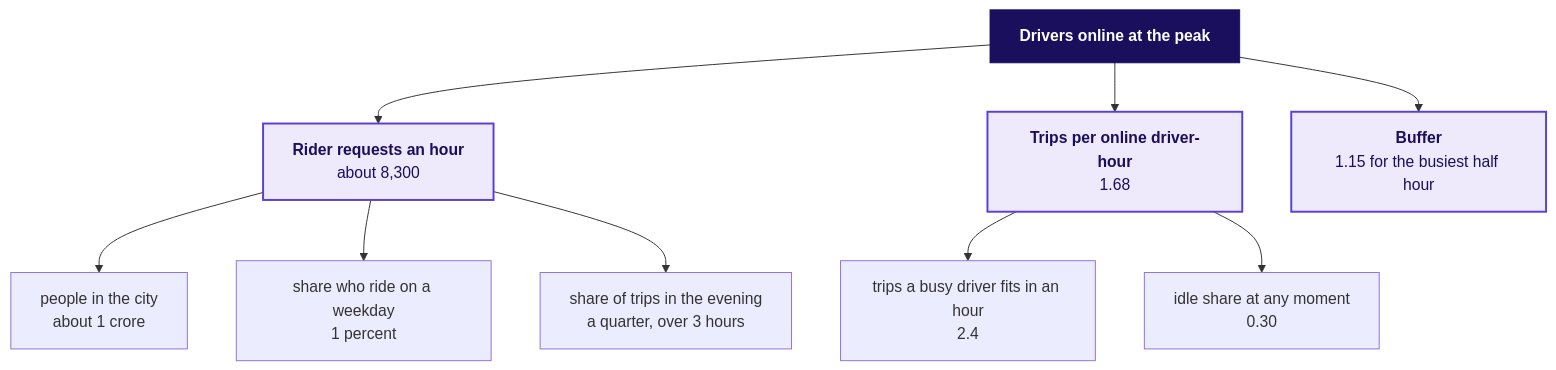
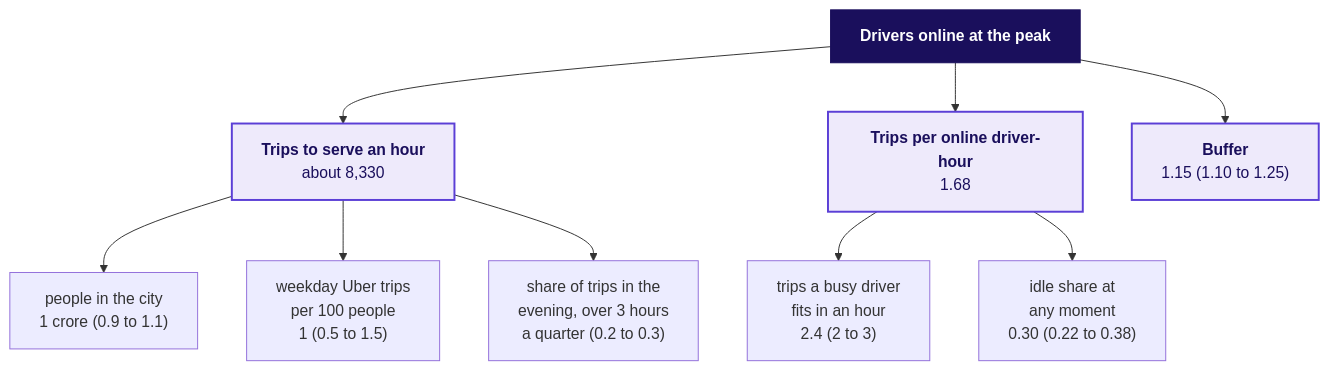
The fourth of 6 diagrams in content/W04/D2/slides/C2_W04_D02_half2_STUDENT.md (fde-academy-lab/c2-content-factory), drawn with Mermaid before and after one commit. The commit also changed other lines of this file and 18 other files, not shown here.

````diff
--- a/content/W04/D2/slides/C2_W04_D02_half2_STUDENT.md
+++ b/content/W04/D2/slides/C2_W04_D02_half2_STUDENT.md
@@ -145,24 +147,24 @@
 ```mermaid
 flowchart TD
     D["<b>Drivers online at the peak</b>"]
-    R["<b>Rider requests an hour</b><br/>about 8,300"]
-    P["people in the city<br/>about 1 crore"]
-    S["share who ride on a weekday<br/>1 percent"]
-    E["share of trips in the evening<br/>a quarter, over 3 hours"]
+    R["<b>Trips to serve an hour</b><br/>about 8,330"]
+    P["people in the city<br/>1 crore (0.9 to 1.1)"]
+    S["weekday Uber trips<br/>per 100 people<br/>1 (0.5 to 1.5)"]
+    E["share of trips in the<br/>evening, over 3 hours<br/>a quarter (0.2 to 0.3)"]
     T["<b>Trips per online driver-hour</b><br/>1.68"]
-    B["trips a busy driver fits in an hour<br/>2.4"]
-    I["idle share at any moment<br/>0.30"]
-    X["<b>Buffer</b><br/>1.15 for the busiest half hour"]
+    B["trips a busy driver<br/>fits in an hour<br/>2.4 (2 to 3)"]
+    I["idle share at<br/>any moment<br/>0.30 (0.22 to 0.38)"]
+    X["<b>Buffer</b><br/>1.15 (1.10 to 1.25)"]
     D --> R
     D --> T
     D --> X
     R --> P
     R --> S
     R --> E
     T --> B
     T --> I
     classDef lit fill:#1A0F5C,stroke:#1A0F5C,color:#FFFFFF
     classDef known fill:#EEEAFB,stroke:#5B3FD6,color:#1A0F5C,stroke-width:2px
     class D lit
     class R,T,X known
 ```
````
